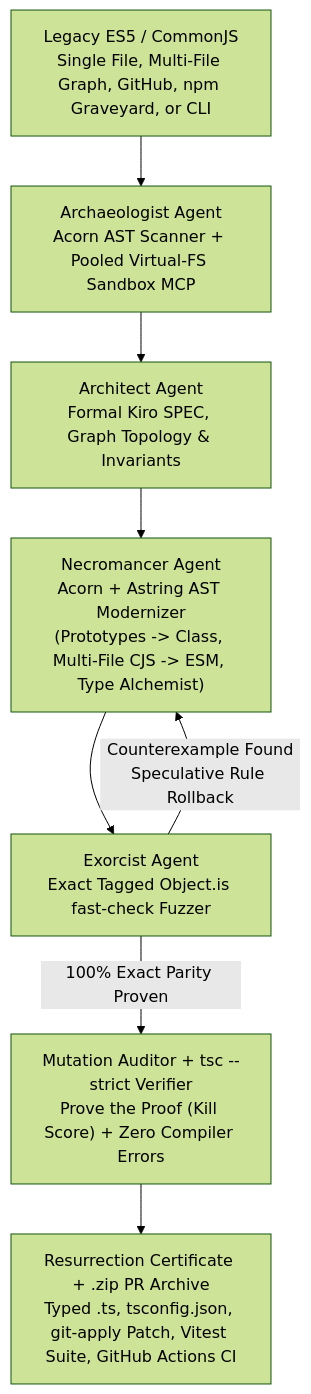
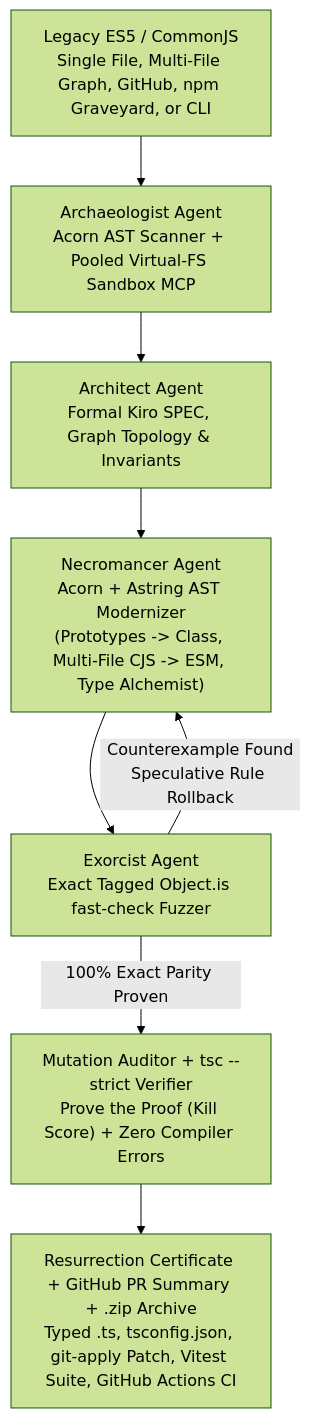
Before and after one commit to anjarkar25-max/lazarus: the diagram in README.md, drawn with Mermaid (forest theme). The commit also changed other lines of this file, not shown here.

````diff
--- a/README.md
+++ b/README.md
@@ -11,10 +11,10 @@
 ```mermaid
 flowchart TD
     A["Legacy ES5 / CommonJS<br/>Single File, Multi-File Graph, GitHub, npm Graveyard, or CLI"] --> B["Archaeologist Agent<br/>Acorn AST Scanner + Pooled Virtual-FS Sandbox MCP"]
     B --> C["Architect Agent<br/>Formal Kiro SPEC, Graph Topology & Invariants"]
     C --> D["Necromancer Agent<br/>Acorn + Astring AST Modernizer<br/>(Prototypes -> Class, Multi-File CJS -> ESM, Type Alchemist)"]
     D --> E["Exorcist Agent<br/>Exact Tagged Object.is fast-check Fuzzer"]
     E -- "Counterexample Found<br/>Speculative Rule Rollback" --> D
     E -- "100% Exact Parity Proven" --> F["Mutation Auditor + tsc --strict Verifier<br/>Prove the Proof (Kill Score) + Zero Compiler Errors"]
-    F --> G["Resurrection Certificate + .zip PR Archive<br/>Typed .ts, tsconfig.json, git-apply Patch, Vitest Suite, GitHub Actions CI"]
+    F --> G["Resurrection Certificate + GitHub PR Summary + .zip Archive<br/>Typed .ts, tsconfig.json, git-apply Patch, Vitest Suite, GitHub Actions CI"]
 ```
````
